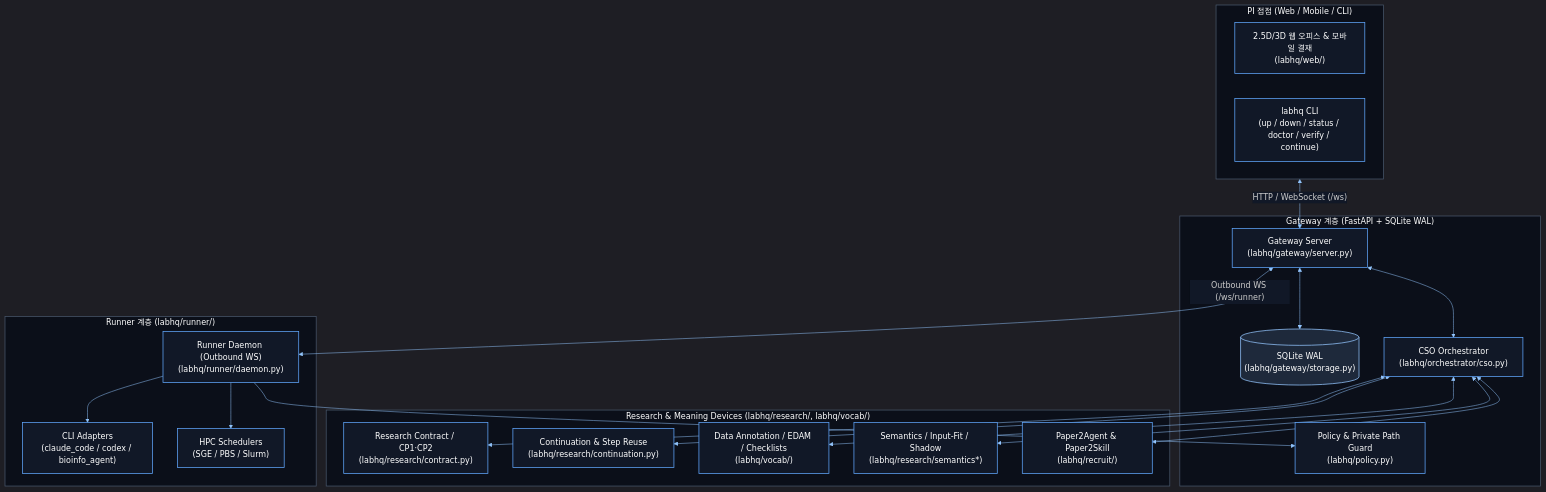
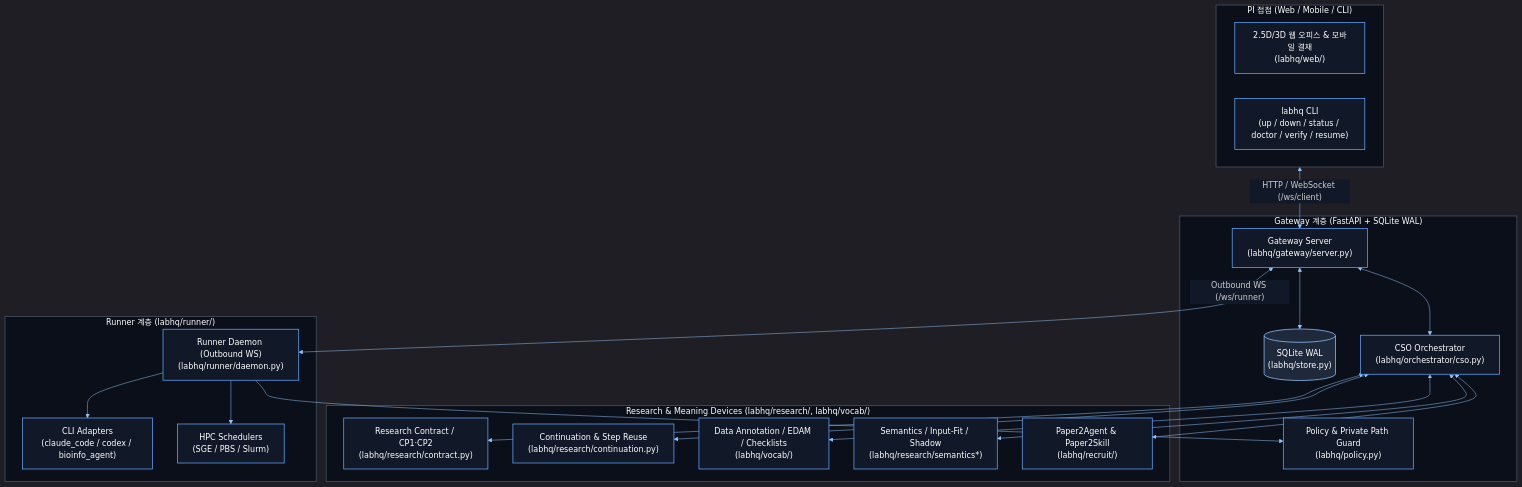
Before and after one commit to ehojune/bioinfo-team-3d: the second of 3 diagrams in docs/manual.md, drawn with Mermaid. The commit also changed other lines of this file and 1 other file, not shown here.

Commit message:
docs: 아키텍처 다이어그램의 store·resume·ws 경로 수정 및 readme-evidence 수치 동기화

````diff
--- a/docs/manual.md
+++ b/docs/manual.md
@@ -526,50 +526,50 @@
 ```mermaid
 %%{init: {'theme': 'dark', 'themeVariables': {'background': '#0b0f19', 'primaryColor': '#111827', 'primaryTextColor': '#ffffff', 'primaryBorderColor': '#60a5fa', 'lineColor': '#93c5fd', 'secondaryColor': '#1f2937', 'tertiaryColor': '#0f172a', 'mainBkg': '#111827', 'nodeBorder': '#60a5fa', 'clusterBkg': '#0b0f19', 'clusterBorder': '#475569', 'titleColor': '#ffffff', 'edgeLabelBackground': '#111827'}}}%%
 flowchart TB
     classDef darkNode fill:#111827,stroke:#60a5fa,stroke-width:1.5px,color:#ffffff;
     classDef storageNode fill:#1e293b,stroke:#93c5fd,stroke-width:1.5px,color:#ffffff;
 
     subgraph UI["PI 접점 (Web / Mobile / CLI)"]
         Web["2.5D/3D 웹 오피스 & 모바일 결재<br/>(labhq/web/)"]:::darkNode
-        CLI["labhq CLI<br/>(up / down / status / doctor / verify / continue)"]:::darkNode
+        CLI["labhq CLI<br/>(up / down / status / doctor / verify / resume)"]:::darkNode
     end
 
     subgraph GW["Gateway 계층 (FastAPI + SQLite WAL)"]
         Server["Gateway Server<br/>(labhq/gateway/server.py)"]:::darkNode
-        DB[("SQLite WAL<br/>(labhq/gateway/storage.py)")]:::storageNode
+        DB[("SQLite WAL<br/>(labhq/store.py)")]:::storageNode
         CSO["CSO Orchestrator<br/>(labhq/orchestrator/cso.py)"]:::darkNode
         Policy["Policy & Private Path Guard<br/>(labhq/policy.py)"]:::darkNode
     end
 
     subgraph Research["Research & Meaning Devices (labhq/research/, labhq/vocab/)"]
         Contract["Research Contract / CP1·CP2<br/>(labhq/research/contract.py)"]:::darkNode
         Cont["Continuation & Step Reuse<br/>(labhq/research/continuation.py)"]:::darkNode
         Vocab["Data Annotation / EDAM / Checklists<br/>(labhq/vocab/)"]:::darkNode
         Sem["Semantics / Input-Fit / Shadow<br/>(labhq/research/semantics*)"]:::darkNode
         Recruit["Paper2Agent & Paper2Skill<br/>(labhq/recruit/)"]:::darkNode
     end
 
     subgraph Exec["Runner 계층 (labhq/runner/)"]
         Daemon["Runner Daemon (Outbound WS)<br/>(labhq/runner/daemon.py)"]:::darkNode
         Adapters["CLI Adapters<br/>(claude_code / codex / bioinfo_agent)"]:::darkNode
         HPC["HPC Schedulers<br/>(SGE / PBS / Slurm)"]:::darkNode
     end
 
-    UI <-->|"HTTP / WebSocket (/ws)"| Server
+    UI <-->|"HTTP / WebSocket (/ws/client)"| Server
     Server <--> DB
     Server <--> CSO
     CSO <--> Contract
     CSO <--> Cont
     CSO <--> Vocab
     CSO <--> Sem
     CSO <--> Recruit
     Server <-->|"Outbound WS (/ws/runner)"| Daemon
     Daemon --> Policy
     Daemon --> Adapters
     Daemon --> HPC
 
     style UI fill:#0b0f19,stroke:#475569,stroke-width:1.5px,color:#ffffff
     style GW fill:#0b0f19,stroke:#475569,stroke-width:1.5px,color:#ffffff
     style Research fill:#0b0f19,stroke:#475569,stroke-width:1.5px,color:#ffffff
     style Exec fill:#0b0f19,stroke:#475569,stroke-width:1.5px,color:#ffffff
 ```
````
